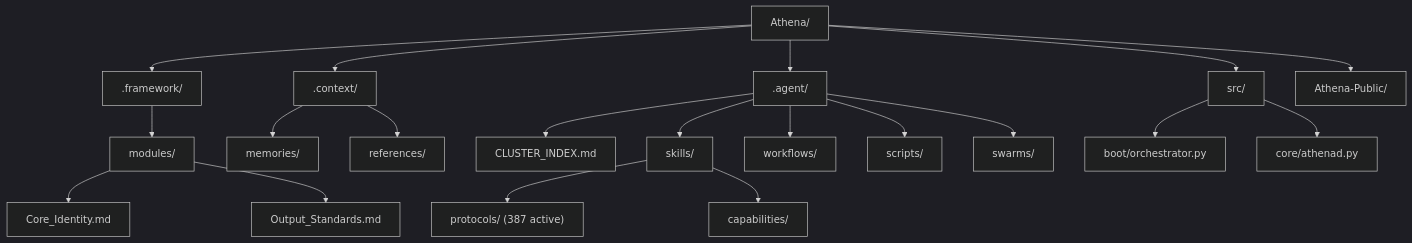
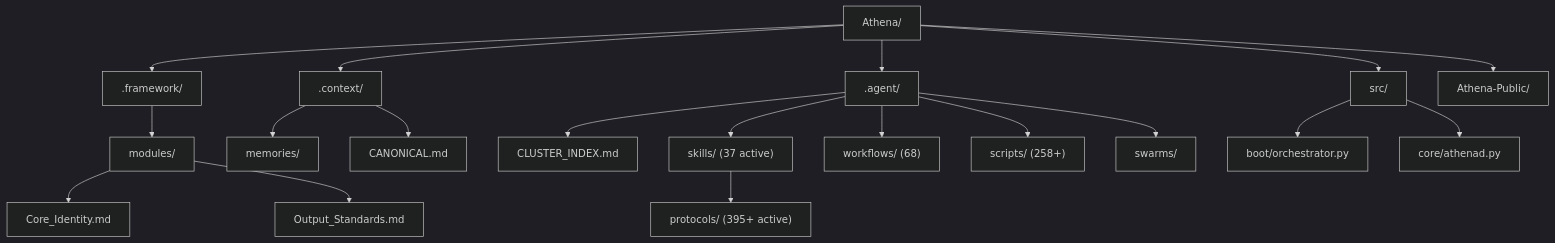
One commit to agent-memory-atlas-archive/winstonkoh87--Athena-Public changed the diagram in docs/ARCHITECTURE.md. Above: the diagram before and after it, drawn with Mermaid (dark theme). The commit also changed other lines of this file and 9 other files, not shown here.

First line of the commit message:
v9.9.0: Architecture Model Sync + 8 Uber-Skills

````diff
--- a/docs/ARCHITECTURE.md
+++ b/docs/ARCHITECTURE.md
@@ -101,27 +76,26 @@
 ```mermaid
 graph TD
     ROOT[Athena/] --> FRAMEWORK[.framework/]
     ROOT --> CONTEXT[.context/]
     ROOT --> AGENT[.agent/]
     ROOT --> SRC[src/]
     ROOT --> PUBLIC[Athena-Public/]
 
     FRAMEWORK --> FW_MODULES[modules/]
     FW_MODULES --> CORE_ID[Core_Identity.md]
     FW_MODULES --> OUTPUT[Output_Standards.md]
 
     CONTEXT --> MEMORIES[memories/]
-    CONTEXT --> REFS[references/]
+    CONTEXT --> CANONICAL[CANONICAL.md]
 
     AGENT --> CLUSTER_IDX[CLUSTER_INDEX.md]
-    AGENT --> SKILLS[skills/]
-    AGENT --> WORKFLOWS[workflows/]
-    AGENT --> SCRIPTS[scripts/]
+    AGENT --> SKILLS["skills/ (37 active)"]
+    AGENT --> WORKFLOWS["workflows/ (68)"]
+    AGENT --> SCRIPTS["scripts/ (258+)"]
     AGENT --> SWARMS[swarms/]
 
-    SKILLS --> PROTOCOLS["protocols/ (387 active)"]
-    SKILLS --> CAPS[capabilities/]
+    SKILLS --> PROTOCOLS["protocols/ (395+ active)"]
 
     SRC --> BOOT[boot/orchestrator.py]
     SRC --> CORE[core/athenad.py]
 ```
````
